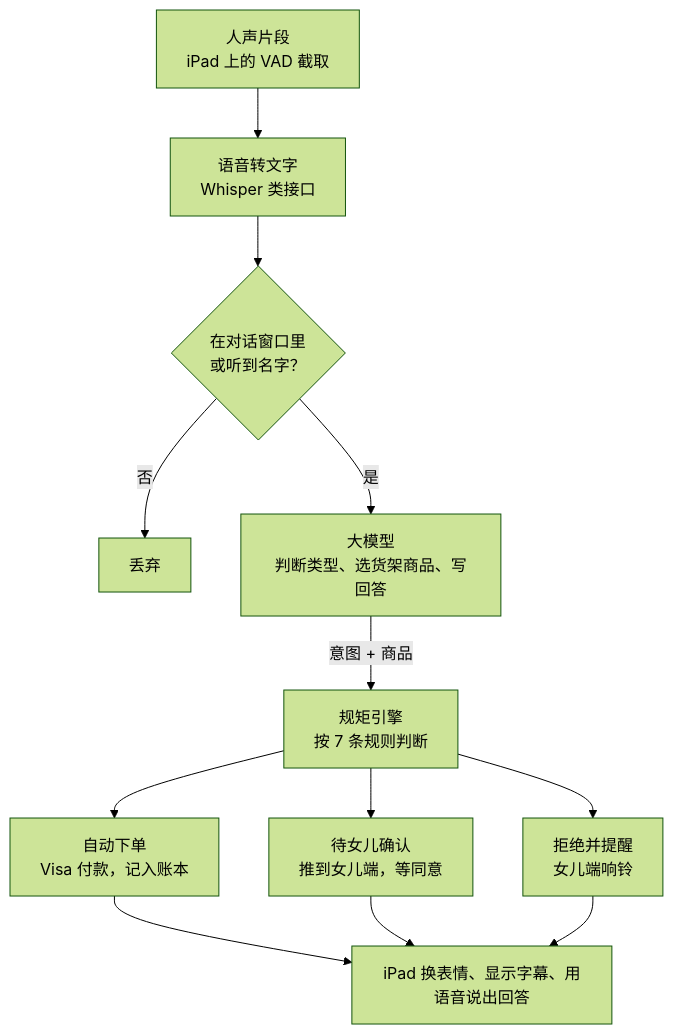
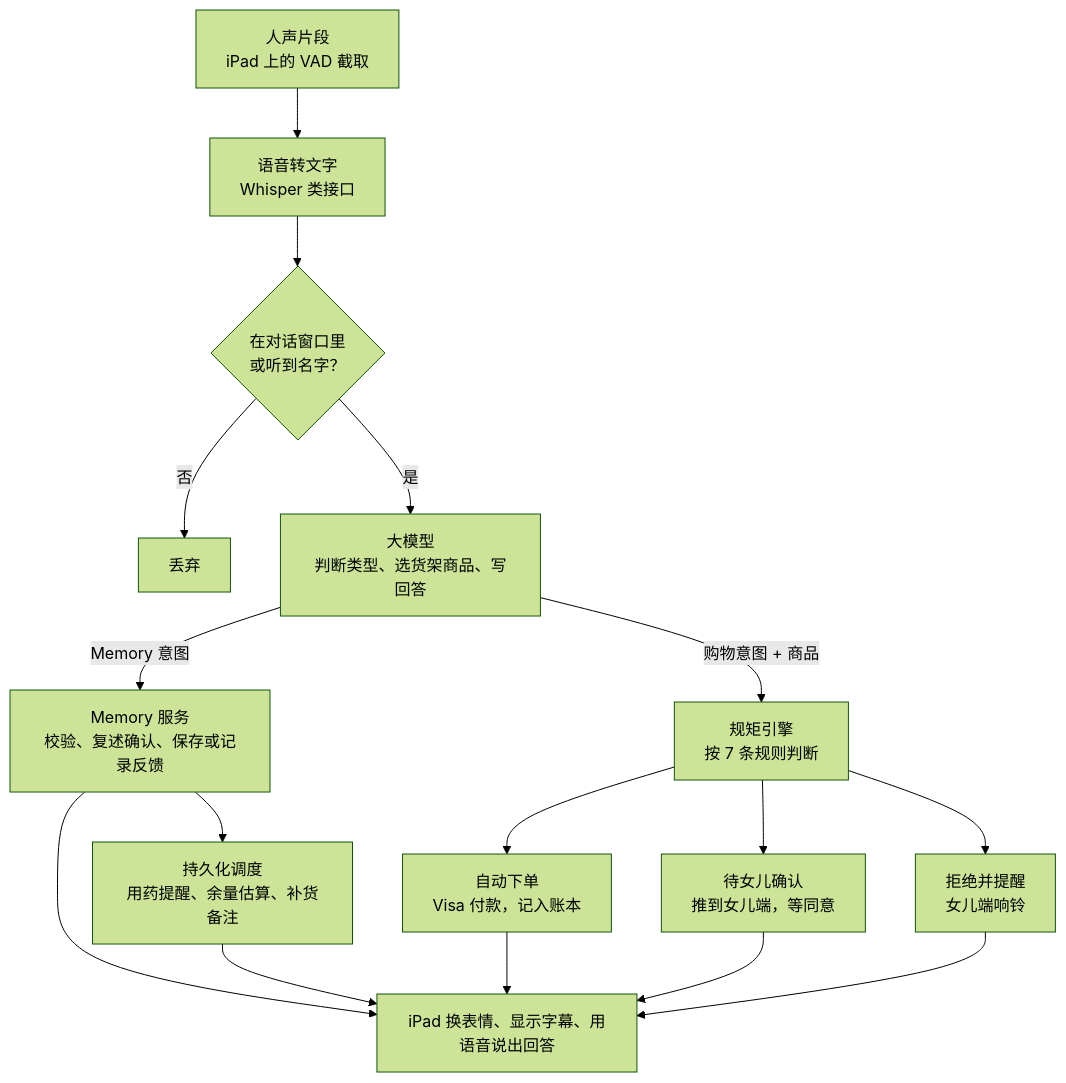
Before and after one commit to svedison/Dubhacks-26-Team-Meditation: the diagram in PRD.md, drawn with Mermaid (forest theme). The commit also changed other lines of this file and 1 other file, not shown here.

First line of the commit message:
docs: add medication memory, reminders, and refill notes

````diff
--- a/PRD.md
+++ b/PRD.md
@@ -78,14 +103,18 @@
 ```mermaid
 flowchart TD
     A["人声片段<br/>iPad 上的 VAD 截取"] --> B["语音转文字<br/>Whisper 类接口"]
     B --> C{"在对话窗口里<br/>或听到名字？"}
     C -- 否 --> X["丢弃"]
     C -- 是 --> D["大模型<br/>判断类型、选货架商品、写回答"]
-    D -- 意图 + 商品 --> E["规矩引擎<br/>按 7 条规则判断"]
+    D -- 购物意图 + 商品 --> E["规矩引擎<br/>按 7 条规则判断"]
+    D -- Memory 意图 --> M["Memory 服务<br/>校验、复述确认、保存或记录反馈"]
+    M --> T["持久化调度<br/>用药提醒、余量估算、补货备注"]
+    M --> I
+    T --> I
     E --> F["自动下单<br/>Visa 付款，记入账本"]
     E --> G["待女儿确认<br/>推到女儿端，等同意"]
     E --> H["拒绝并提醒<br/>女儿端响铃"]
     F --> I["iPad 换表情、显示字幕、用语音说出回答"]
     G --> I
     H --> I
 ```
````
